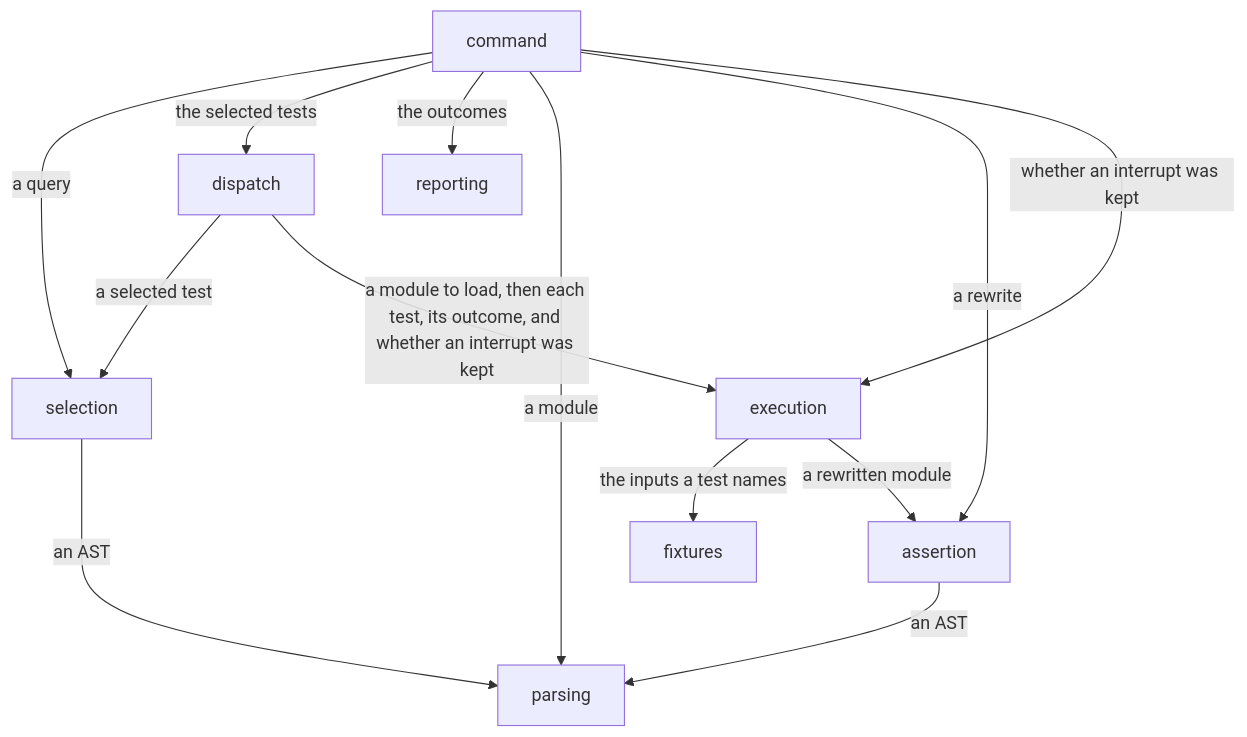
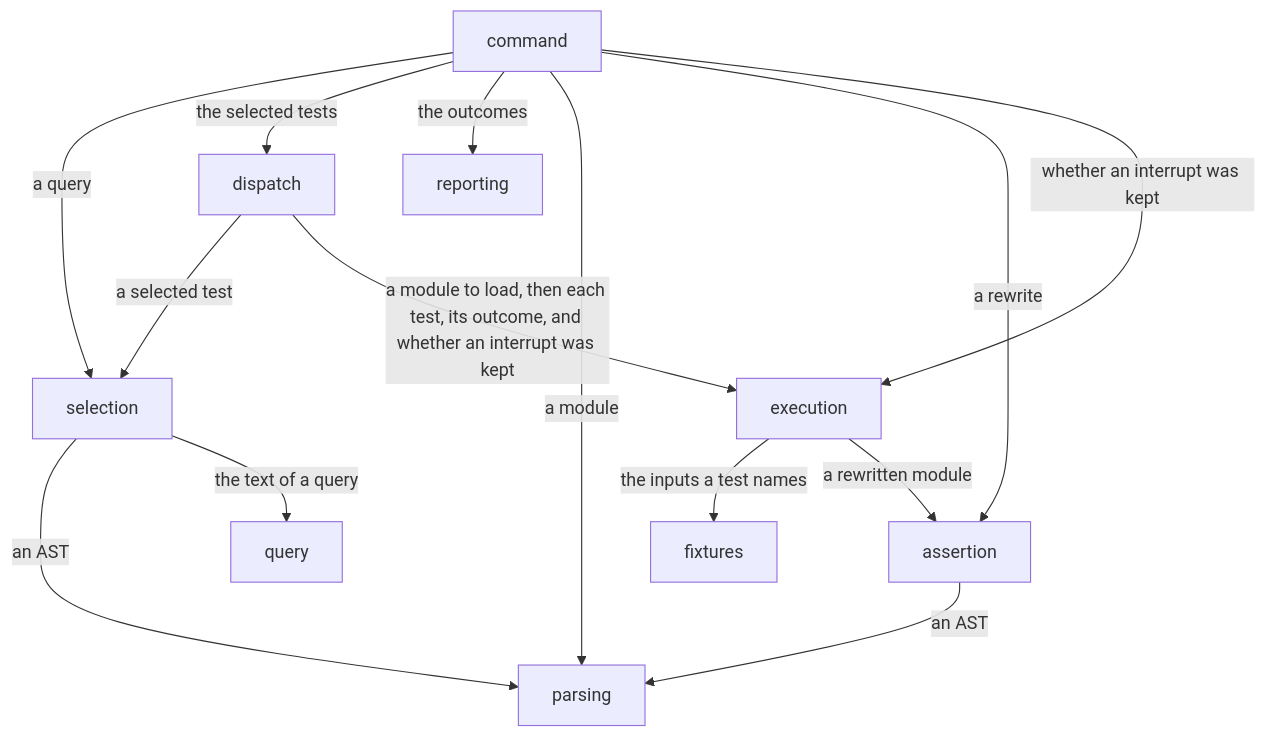
Before and after one commit to kalonji-tools/purba: the second of 3 diagrams in LANDSCAPE.md, drawn with Mermaid. The commit also changed other lines of this file and 21 other files, not shown here.

First line of the commit message:
feat(selection): name the tests of a run with one query (#1254)

````diff
--- a/LANDSCAPE.md
+++ b/LANDSCAPE.md
@@ -68,15 +69,16 @@
 ```mermaid
 flowchart TD
   command -- "a query" --> selection
   command -- "the selected tests" --> dispatch
   command -- "the outcomes" --> reporting
   command -- "a module" --> parsing
   command -- "a rewrite" --> assertion
   command -- "whether an interrupt was kept" --> execution
   selection -- "an AST" --> parsing
+  selection -- "the text of a query" --> query
   assertion -- "an AST" --> parsing
   dispatch -- "a selected test" --> selection
   dispatch -- "a module to load, then each test, its outcome, and whether an interrupt was kept" --> execution
   execution -- "the inputs a test names" --> fixtures
   execution -- "a rewritten module" --> assertion
 ```
````
